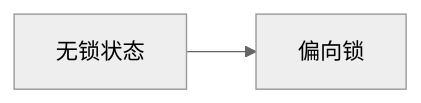
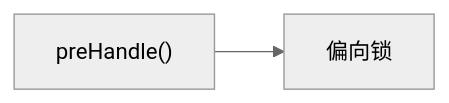
Before and after one commit to kekaiyuan/resource: the sixth of 6 diagrams in _posts/java/framework/spring-mvc/2021-08-22-03-usage.md, drawn with Mermaid (neutral theme).

Commit message:
修改文件: _posts/java/framework/spring-mvc/2021-08-22-03-usage.md

```diff
--- a/_posts/java/framework/spring-mvc/2021-08-22-03-usage.md
+++ b/_posts/java/framework/spring-mvc/2021-08-22-03-usage.md
@@ -685,4 +685,4 @@
 <div class="mermaid">
 graph LR;
-A[无锁状态]-->偏向锁
+A["preHandle()"]-->偏向锁
 </div>
```
